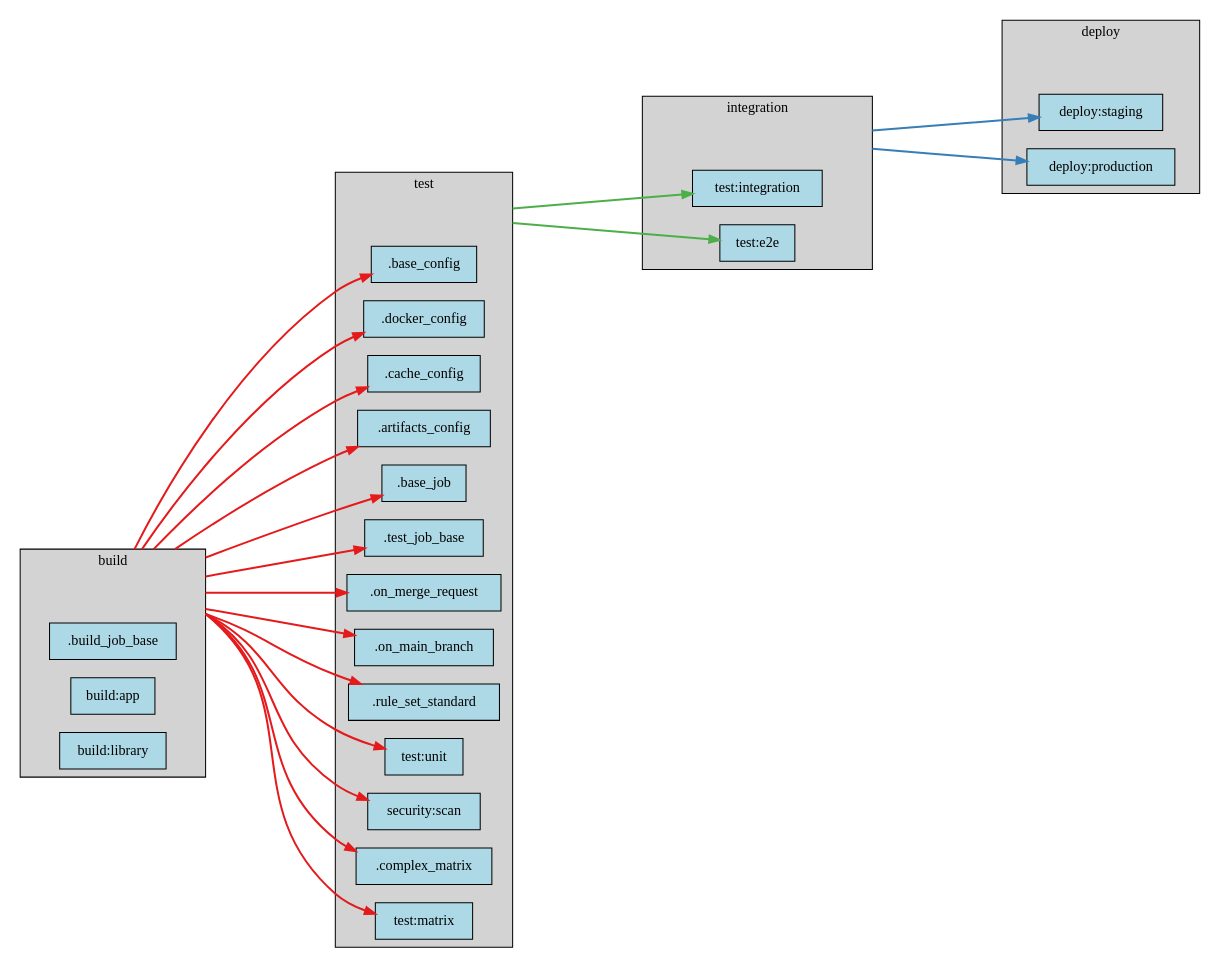
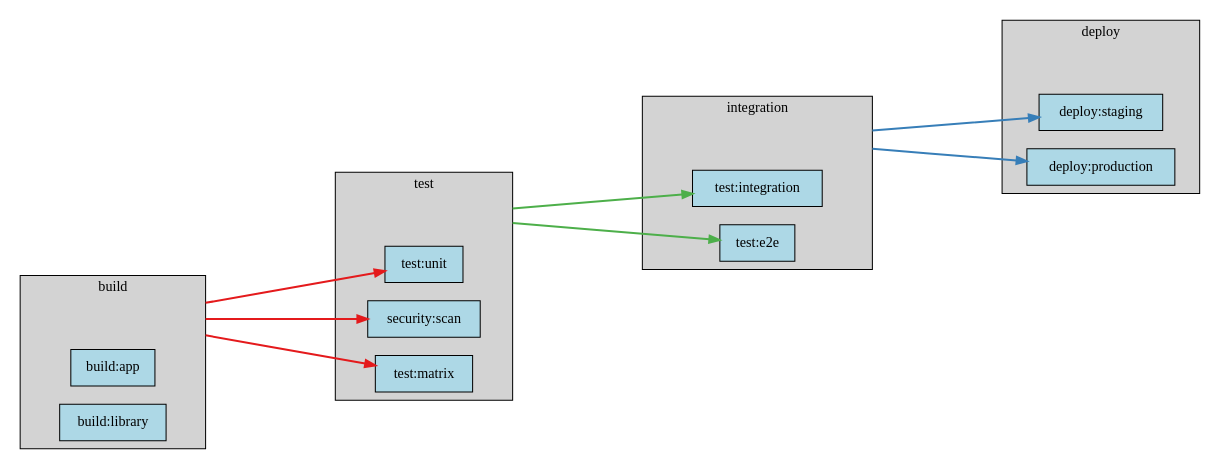
The diagram in test_ci_projects/proj12.output_reference/dag.dot (eisbaw/gitlab_local_ci), drawn with Graphviz before and after one commit. The commit also changed 13 other files, not shown here.

```diff
--- a/test_ci_projects/proj12.output_reference/dag.dot
+++ b/test_ci_projects/proj12.output_reference/dag.dot
@@ -1,80 +1,59 @@
 digraph pipeline {
   rankdir="LR";
   ranksep=2;
   compound=true;
   node [shape=box, style=filled, fillcolor=lightblue];
 
   subgraph cluster_build {
     label="build";
     style=filled;
     fillcolor=lightgrey;
 
     __stage_anchor_build [style=invis, width=0, height=0];
 
-    _build_job_base [label=".build_job_base", tooltip="---\nretry: 2\ntimeout: 30m\ninterruptible: true\nimage: alpine:latest\ntags:\n- docker\nbefore_script:\n- - apk add --no-cache git curl bash\n  - echo \"Dependencies installed\"\n- - export PATH=\"$PATH:/usr/local/bin\"\n  - echo \"Environment configured\"\nartifacts:\n  expire_in: 1 week\n  paths:\n  - build/\n  - dist/\nstage: build\nvariables:\n  BUILD_ENV: 'true'\n"];
     build_app [label="build:app", tooltip="---\nretry: 2\ntimeout: 30m\ninterruptible: true\nimage: alpine:latest\ntags:\n- docker\nbefore_script:\n- - apk add --no-cache git curl bash\n  - echo \"Dependencies installed\"\n- - export PATH=\"$PATH:/usr/local/bin\"\n  - echo \"Environment configured\"\nartifacts:\n  expire_in: 1 week\n  paths:\n  - build/\n  - dist/\nstage: build\nvariables:\n  BUILD_ENV: 'true'\nscript:\n- echo \"Building application...\"\n- mkdir -p build\n- echo \"app build\" > build/app.txt\nrules:\n- if: $CI_PIPELINE_SOURCE == \"merge_request_event\"\n- if: $CI_COMMIT_BRANCH == \"main\" || $CI_COMMIT_BRANCH == \"master\"\n- if: \"$CI_COMMIT_TAG\"\n"];
     build_library [label="build:library", tooltip="---\nretry: 2\ntimeout: 30m\ninterruptible: true\nimage: alpine:latest\ntags:\n- docker\nbefore_script:\n- - apk add --no-cache git curl bash\n  - echo \"Dependencies installed\"\n- - export PATH=\"$PATH:/usr/local/bin\"\n  - echo \"Environment configured\"\nartifacts:\n  expire_in: 1 week\n  paths:\n  - build/\n  - dist/\nstage: build\nvariables:\n  BUILD_TYPE: library\nscript:\n- echo \"Building library...\"\n- mkdir -p build\n- echo \"lib build\" > build/lib.txt\nrules:\n- if: $CI_PIPELINE_SOURCE == \"merge_request_event\"\n- if: $CI_COMMIT_BRANCH == \"main\" || $CI_COMMIT_BRANCH == \"master\"\n- if: \"$CI_COMMIT_TAG\"\n"];
   }
 
   subgraph cluster_test {
     label="test";
     style=filled;
     fillcolor=lightgrey;
 
     __stage_anchor_test [style=invis, width=0, height=0];
 
-    _base_config [label=".base_config", tooltip="---\nretry: 2\ntimeout: 30m\ninterruptible: true\n"];
-    _docker_config [label=".docker_config", tooltip="---\nimage: alpine:latest\ntags:\n- docker\n"];
-    _cache_config [label=".cache_config", tooltip="---\ncache:\n  key: \"${CI_COMMIT_REF_SLUG}\"\n  paths:\n  - \".cache/\"\n  - vendor/\n"];
-    _artifacts_config [label=".artifacts_config", tooltip="---\nartifacts:\n  expire_in: 1 week\n  paths:\n  - build/\n  - dist/\n"];
-    _base_job [label=".base_job", tooltip="---\nretry: 2\ntimeout: 30m\ninterruptible: true\nimage: alpine:latest\ntags:\n- docker\nbefore_script:\n- - apk add --no-cache git curl bash\n  - echo \"Dependencies installed\"\n- - export PATH=\"$PATH:/usr/local/bin\"\n  - echo \"Environment configured\"\n"];
-    _test_job_base [label=".test_job_base", tooltip="---\nretry: 2\ntimeout: 30m\ninterruptible: true\nimage: alpine:latest\ntags:\n- docker\nbefore_script:\n- - apk add --no-cache git curl bash\n  - echo \"Dependencies installed\"\n- - export PATH=\"$PATH:/usr/local/bin\"\n  - echo \"Environment configured\"\ncache:\n  key: \"${CI_COMMIT_REF_SLUG}\"\n  paths:\n  - \".cache/\"\n  - vendor/\nstage: test\nvariables:\n  TEST_ENV: 'true'\n"];
-    _on_merge_request [label=".on_merge_request", tooltip="---\nif: $CI_PIPELINE_SOURCE == \"merge_request_event\"\n"];
-    _on_main_branch [label=".on_main_branch", tooltip="---\nif: $CI_COMMIT_BRANCH == \"main\" || $CI_COMMIT_BRANCH == \"master\"\n"];
-    _rule_set_standard [label=".rule_set_standard", tooltip="---\nrules:\n- if: $CI_PIPELINE_SOURCE == \"merge_request_event\"\n- if: $CI_COMMIT_BRANCH == \"main\" || $CI_COMMIT_BRANCH == \"master\"\n- if: \"$CI_COMMIT_TAG\"\n"];
     test_unit [label="test:unit", tooltip="---\nretry: 2\ntimeout: 30m\ninterruptible: true\nimage: alpine:latest\ntags:\n- docker\nbefore_script:\n- - apk add --no-cache git curl bash\n  - echo \"Dependencies installed\"\n- - export PATH=\"$PATH:/usr/local/bin\"\n  - echo \"Environment configured\"\ncache:\n  key: \"${CI_COMMIT_REF_SLUG}\"\n  paths:\n  - \".cache/\"\n  - vendor/\nstage: test\nvariables:\n  TEST_ENV: 'true'\nscript:\n- echo \"Running unit tests...\"\n- echo \"All unit tests passed\"\ncoverage: \"/Coverage: \\\\d+\\\\.\\\\d+%/\"\n"];
     security_scan [label="security:scan", tooltip="---\nretry: 2\ntimeout: 30m\ninterruptible: true\nimage: aquasec/trivy:latest\nstage: test\nscript:\n- echo \"Running security scan...\"\n- echo \"Security scan completed\"\nallow_failure: true\n"];
-    _complex_matrix [label=".complex_matrix", tooltip="---\nparallel:\n  matrix:\n  - PLATFORM:\n    - linux\n    - macos\n    - windows\n    VERSION:\n    - '3.9'\n    - '3.10'\n    - '3.11'\n"];
     test_matrix [label="test:matrix", tooltip="---\nretry: 2\ntimeout: 30m\ninterruptible: true\nimage: alpine:latest\ntags:\n- docker\nbefore_script:\n- - apk add --no-cache git curl bash\n  - echo \"Dependencies installed\"\n- - export PATH=\"$PATH:/usr/local/bin\"\n  - echo \"Environment configured\"\ncache:\n  key: \"${CI_COMMIT_REF_SLUG}\"\n  paths:\n  - \".cache/\"\n  - vendor/\nstage: test\nvariables:\n  TEST_ENV: 'true'\nparallel:\n  matrix:\n  - PLATFORM:\n    - linux\n    - macos\n    - windows\n    VERSION:\n    - '3.9'\n    - '3.10'\n    - '3.11'\nscript:\n- echo \"Testing on ${PLATFORM} with version ${VERSION}\"\n- echo \"Matrix test completed\"\n"];
   }
 
   subgraph cluster_integration {
     label="integration";
     style=filled;
     fillcolor=lightgrey;
 
     __stage_anchor_integration [style=invis, width=0, height=0];
 
     test_integration [label="test:integration", tooltip="---\nretry: 2\ntimeout: 30m\ninterruptible: true\nimage: alpine:latest\ntags:\n- docker\nbefore_script:\n- - apk add --no-cache git curl bash\n  - echo \"Dependencies installed\"\n- - export PATH=\"$PATH:/usr/local/bin\"\n  - echo \"Environment configured\"\ncache:\n  key: \"${CI_COMMIT_REF_SLUG}\"\n  paths:\n  - \".cache/\"\n  - vendor/\nstage: integration\nvariables:\n  TEST_ENV: 'true'\nscript:\n- echo \"Running integration tests...\"\n- echo \"Integration tests completed\"\ndependencies:\n- build:app\n"];
     test_e2e [label="test:e2e", tooltip="---\nretry: 3\ntimeout: 30m\ninterruptible: true\nimage: cypress/base:latest\ntags:\n- docker\nbefore_script:\n- - apk add --no-cache git curl bash\n  - echo \"Dependencies installed\"\n- - export PATH=\"$PATH:/usr/local/bin\"\n  - echo \"Environment configured\"\ncache:\n  key: \"${CI_COMMIT_REF_SLUG}\"\n  paths:\n  - \".cache/\"\n  - vendor/\nstage: integration\nvariables:\n  TEST_ENV: 'true'\nscript:\n- echo \"Running E2E tests...\"\n- echo \"E2E tests completed\"\ndependencies:\n- build:app\n- build:library\n"];
   }
 
   subgraph cluster_deploy {
     label="deploy";
     style=filled;
     fillcolor=lightgrey;
 
     __stage_anchor_deploy [style=invis, width=0, height=0];
 
     deploy_staging [label="deploy:staging", tooltip="---\nretry: 2\ntimeout: 30m\ninterruptible: true\nimage: alpine:latest\ntags:\n- docker\nbefore_script:\n- - apk add --no-cache git curl bash\n  - echo \"Dependencies installed\"\n- - export PATH=\"$PATH:/usr/local/bin\"\n  - echo \"Environment configured\"\nstage: deploy\nscript:\n- echo \"Deploying to staging...\"\n- echo \"Staging deployment complete\"\nenvironment:\n  name: staging\n  url: https://staging.example.com\nonly:\n- main\ndependencies:\n- build:app\n"];
     deploy_production [label="deploy:production", tooltip="---\nretry: 2\ntimeout: 30m\ninterruptible: true\nimage: alpine:latest\ntags:\n- docker\nbefore_script:\n- - apk add --no-cache git curl bash\n  - echo \"Dependencies installed\"\n- - export PATH=\"$PATH:/usr/local/bin\"\n  - echo \"Environment configured\"\nstage: deploy\nscript:\n- echo \"Deploying to production...\"\n- echo \"Production deployment complete\"\nenvironment:\n  name: production\n  url: https://production.example.com\nwhen: manual\nonly:\n- tags\ndependencies:\n- build:app\n- build:library\n"];
   }
 
-  __stage_anchor_build -> _base_config [ltail=cluster_build, style=bold, color="#E41A1C"];
-  __stage_anchor_build -> _docker_config [ltail=cluster_build, style=bold, color="#E41A1C"];
-  __stage_anchor_build -> _cache_config [ltail=cluster_build, style=bold, color="#E41A1C"];
-  __stage_anchor_build -> _artifacts_config [ltail=cluster_build, style=bold, color="#E41A1C"];
-  __stage_anchor_build -> _base_job [ltail=cluster_build, style=bold, color="#E41A1C"];
-  __stage_anchor_build -> _test_job_base [ltail=cluster_build, style=bold, color="#E41A1C"];
-  __stage_anchor_build -> _on_merge_request [ltail=cluster_build, style=bold, color="#E41A1C"];
-  __stage_anchor_build -> _on_main_branch [ltail=cluster_build, style=bold, color="#E41A1C"];
-  __stage_anchor_build -> _rule_set_standard [ltail=cluster_build, style=bold, color="#E41A1C"];
   __stage_anchor_build -> test_unit [ltail=cluster_build, style=bold, color="#E41A1C"];
   __stage_anchor_test -> test_integration [ltail=cluster_test, style=bold, color="#4DAF4A"];
   __stage_anchor_test -> test_e2e [ltail=cluster_test, style=bold, color="#4DAF4A"];
   __stage_anchor_integration -> deploy_staging [ltail=cluster_integration, style=bold, color="#377EB8"];
   __stage_anchor_integration -> deploy_production [ltail=cluster_integration, style=bold, color="#377EB8"];
   __stage_anchor_build -> security_scan [ltail=cluster_build, style=bold, color="#E41A1C"];
-  __stage_anchor_build -> _complex_matrix [ltail=cluster_build, style=bold, color="#E41A1C"];
   __stage_anchor_build -> test_matrix [ltail=cluster_build, style=bold, color="#E41A1C"];
 }
```
